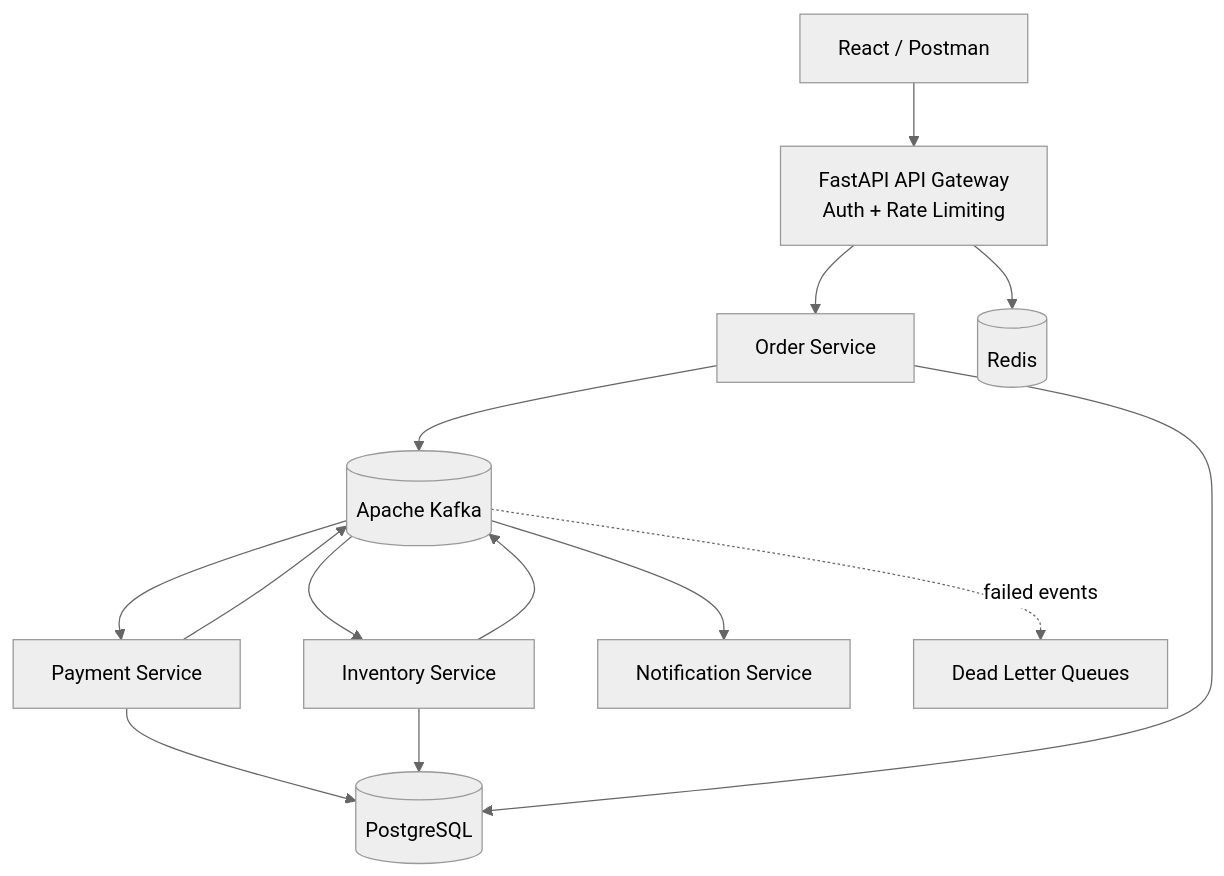
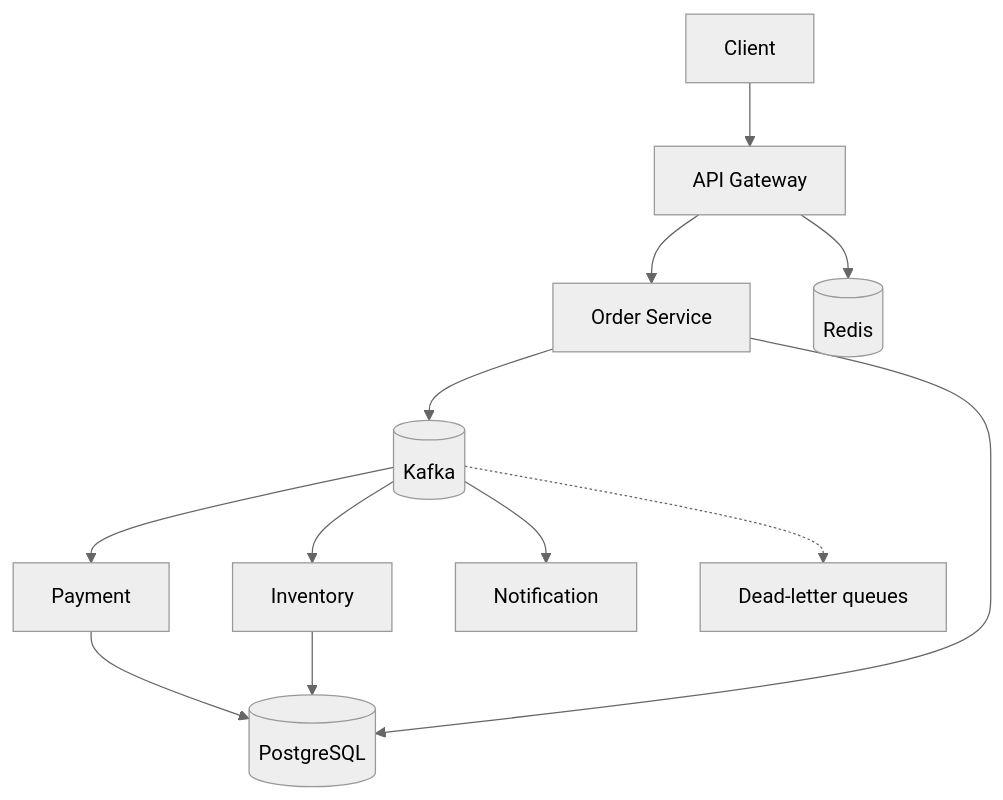
Before and after one commit to AloneRider-pixel/event-driven-platform: the diagram in README.md, drawn with Mermaid (neutral theme). The commit also changed other lines of this file, not shown here.

````diff
--- a/README.md
+++ b/README.md
@@ -12,26 +11,14 @@
 ```mermaid
 graph TB
-    CLIENT[React / Postman]
-    GW[FastAPI API Gateway
-Auth + Rate Limiting]
-    ORDER[Order Service]
-    KAFKA[(Apache Kafka)]
-    PAY[Payment Service]
-    INV[Inventory Service]
-    NOTIF[Notification Service]
-    PG[(PostgreSQL)]
-    REDIS[(Redis)]
-    DLQ[Dead Letter Queues]
-
-    CLIENT --> GW --> ORDER --> KAFKA
-    KAFKA --> PAY
-    KAFKA --> INV
-    KAFKA --> NOTIF
-    PAY --> KAFKA
-    INV --> KAFKA
-    PAY --> PG
+    CLIENT[Client] --> GW[API Gateway]
+    GW --> ORDER[Order Service]
+    ORDER --> KAFKA[(Kafka)]
+    KAFKA --> PAY[Payment]
+    KAFKA --> INV[Inventory]
+    KAFKA --> NOTIF[Notification]
+    PAY --> PG[(PostgreSQL)]
     INV --> PG
     ORDER --> PG
-    GW --> REDIS
-    KAFKA -. failed events .-> DLQ
+    GW --> REDIS[(Redis)]
+    KAFKA -.-> DLQ[Dead-letter queues]
 ```
````
